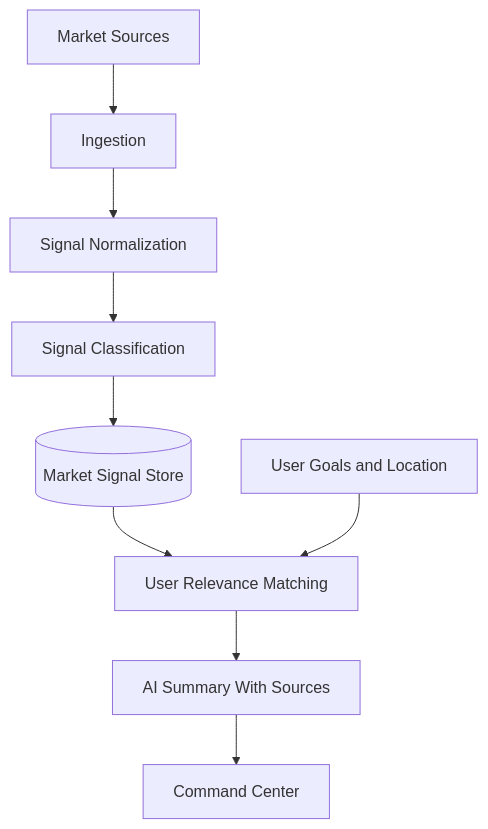
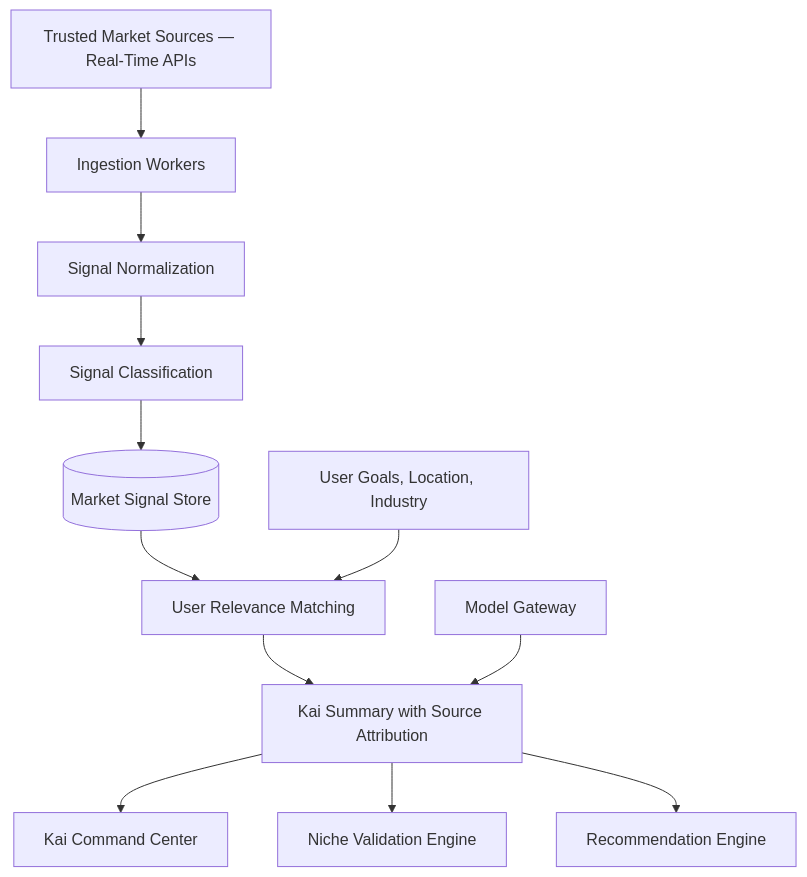
The diagram in docs/MARKET_INTELLIGENCE_ENGINE.md (Mirzzie/Fadi), drawn with Mermaid before and after one commit. The commit also changed other lines of this file and 65 other files, not shown here.

First line of the commit message:
docs: update architecture docs for Better Auth, Kai, and data sources

````diff
--- a/docs/MARKET_INTELLIGENCE_ENGINE.md
+++ b/docs/MARKET_INTELLIGENCE_ENGINE.md
@@ -20,11 +26,14 @@
 ```mermaid
 flowchart TD
-    Sources[Market Sources] --> Ingest[Ingestion]
+    Sources[Trusted Market Sources — Real-Time APIs] --> Ingest[Ingestion Workers]
     Ingest --> Normalize[Signal Normalization]
     Normalize --> Classify[Signal Classification]
     Classify --> Store[(Market Signal Store)]
     Store --> Relevance[User Relevance Matching]
-    Profile[User Goals and Location] --> Relevance
-    Relevance --> Summary[AI Summary With Sources]
-    Summary --> Command[Command Center]
+    Profile[User Goals, Location, Industry] --> Relevance
+    Relevance --> Summary[Kai Summary with Source Attribution]
+    Gateway[Model Gateway] --> Summary
+    Summary --> CommandCenter[Kai Command Center]
+    Summary --> NicheValidation[Niche Validation Engine]
+    Summary --> Recommendations[Recommendation Engine]
 ```
````
